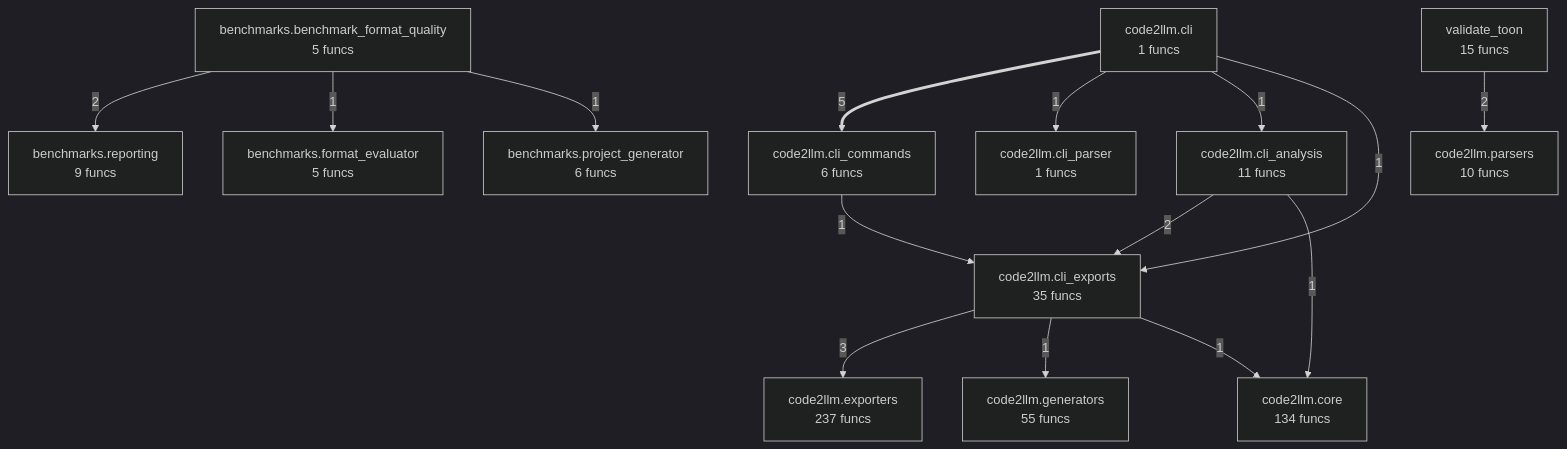
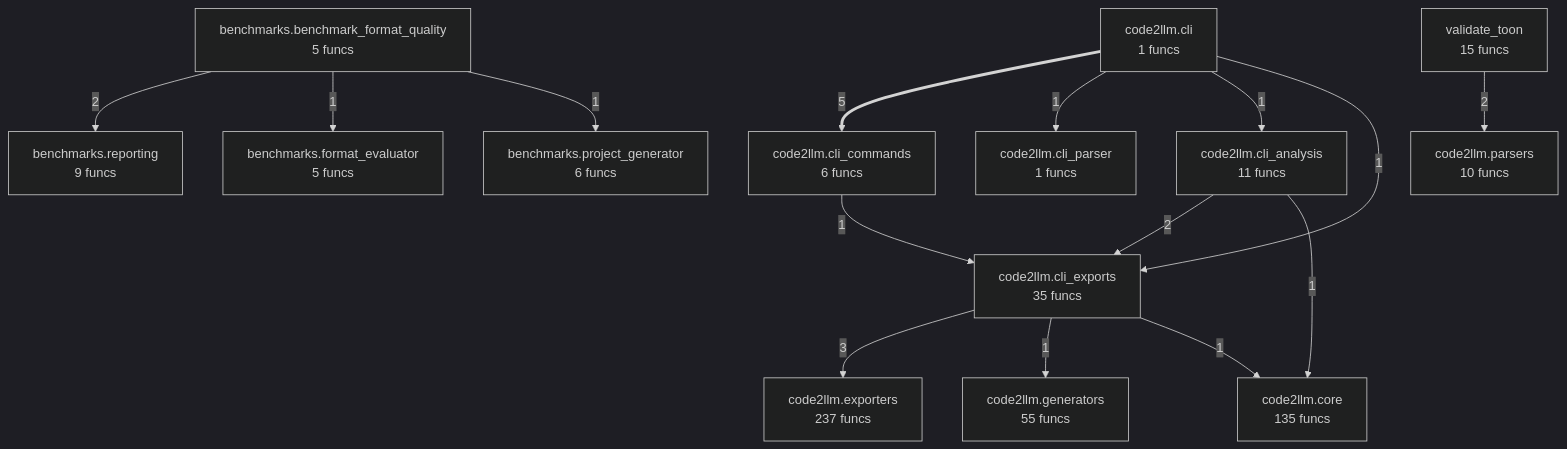
The diagram in project/compact_flow.mmd (wronai/code2flow), drawn with Mermaid (dark theme) before and after one commit. The commit also changed 19 other files, not shown here.

```diff
--- a/project/compact_flow.mmd
+++ b/project/compact_flow.mmd
@@ -1,29 +1,29 @@
 flowchart TD
     benchmarks_benchmark_format_quality["benchmarks.benchmark_format_quality<br/>5 funcs"]
     benchmarks_format_evaluator["benchmarks.format_evaluator<br/>5 funcs"]
     benchmarks_project_generator["benchmarks.project_generator<br/>6 funcs"]
     benchmarks_reporting["benchmarks.reporting<br/>9 funcs"]
     code2llm_cli["code2llm.cli<br/>1 funcs"]
     code2llm_cli_analysis["code2llm.cli_analysis<br/>11 funcs"]
     code2llm_cli_commands["code2llm.cli_commands<br/>6 funcs"]
     code2llm_cli_exports["code2llm.cli_exports<br/>35 funcs"]
     code2llm_cli_parser["code2llm.cli_parser<br/>1 funcs"]
-    code2llm_core["code2llm.core<br/>134 funcs"]
+    code2llm_core["code2llm.core<br/>135 funcs"]
     code2llm_exporters["code2llm.exporters<br/>237 funcs"]
     code2llm_generators["code2llm.generators<br/>55 funcs"]
     code2llm_parsers["code2llm.parsers<br/>10 funcs"]
     validate_toon["validate_toon<br/>15 funcs"]
     code2llm_cli ==>|5| code2llm_cli_commands
     code2llm_cli_exports -->|3| code2llm_exporters
     validate_toon -->|2| code2llm_parsers
     code2llm_cli_analysis -->|2| code2llm_cli_exports
     benchmarks_benchmark_format_quality -->|2| benchmarks_reporting
     code2llm_cli -->|1| code2llm_cli_parser
     code2llm_cli -->|1| code2llm_cli_analysis
     code2llm_cli -->|1| code2llm_cli_exports
     code2llm_cli_analysis -->|1| code2llm_core
     code2llm_cli_commands -->|1| code2llm_cli_exports
     benchmarks_benchmark_format_quality -->|1| benchmarks_format_evaluator
     benchmarks_benchmark_format_quality -->|1| benchmarks_project_generator
     code2llm_cli_exports -->|1| code2llm_generators
     code2llm_cli_exports -->|1| code2llm_core
```
